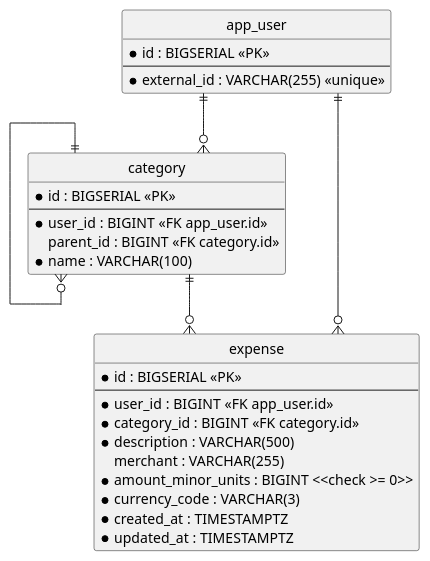
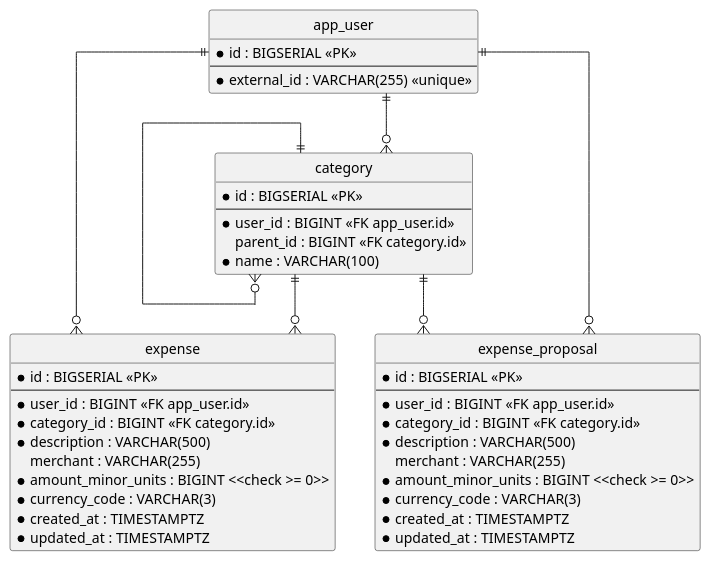
The diagram in ledger-service/docs/contracts/out/database.md (ds-usova/finance-bot), drawn with PlantUML before and after one commit. The commit also changed other lines of this file and 5 other files, not shown here.

Commit message:
Documentation: describe the create expense proposal use case, its domain type and the fourth table

````diff
--- a/ledger-service/docs/contracts/out/database.md
+++ b/ledger-service/docs/contracts/out/database.md
@@ -13,38 +14,53 @@
 ```plantuml
 @startuml ledger-schema
 hide circle
 skinparam linetype ortho
 
 entity "app_user" as app_user {
   * id : BIGSERIAL <<PK>>
   --
   * external_id : VARCHAR(255) <<unique>>
 }
 
 entity "category" as category {
   * id : BIGSERIAL <<PK>>
   --
   * user_id : BIGINT <<FK app_user.id>>
   parent_id : BIGINT <<FK category.id>>
   * name : VARCHAR(100)
 }
 
 entity "expense" as expense {
   * id : BIGSERIAL <<PK>>
   --
   * user_id : BIGINT <<FK app_user.id>>
   * category_id : BIGINT <<FK category.id>>
   * description : VARCHAR(500)
   merchant : VARCHAR(255)
   * amount_minor_units : BIGINT <<check >= 0>>
   * currency_code : VARCHAR(3)
   * created_at : TIMESTAMPTZ
   * updated_at : TIMESTAMPTZ
 }
 
+entity "expense_proposal" as expense_proposal {
+  * id : BIGSERIAL <<PK>>
+  --
+  * user_id : BIGINT <<FK app_user.id>>
+  * category_id : BIGINT <<FK category.id>>
+  * description : VARCHAR(500)
+  merchant : VARCHAR(255)
+  * amount_minor_units : BIGINT <<check >= 0>>
+  * currency_code : VARCHAR(3)
+  * created_at : TIMESTAMPTZ
+  * updated_at : TIMESTAMPTZ
+}
+
 app_user ||--o{ category
 category ||--o{ category
 app_user ||--o{ expense
 category ||--o{ expense
+app_user ||--o{ expense_proposal
+category ||--o{ expense_proposal
 @enduml
 ```
````
